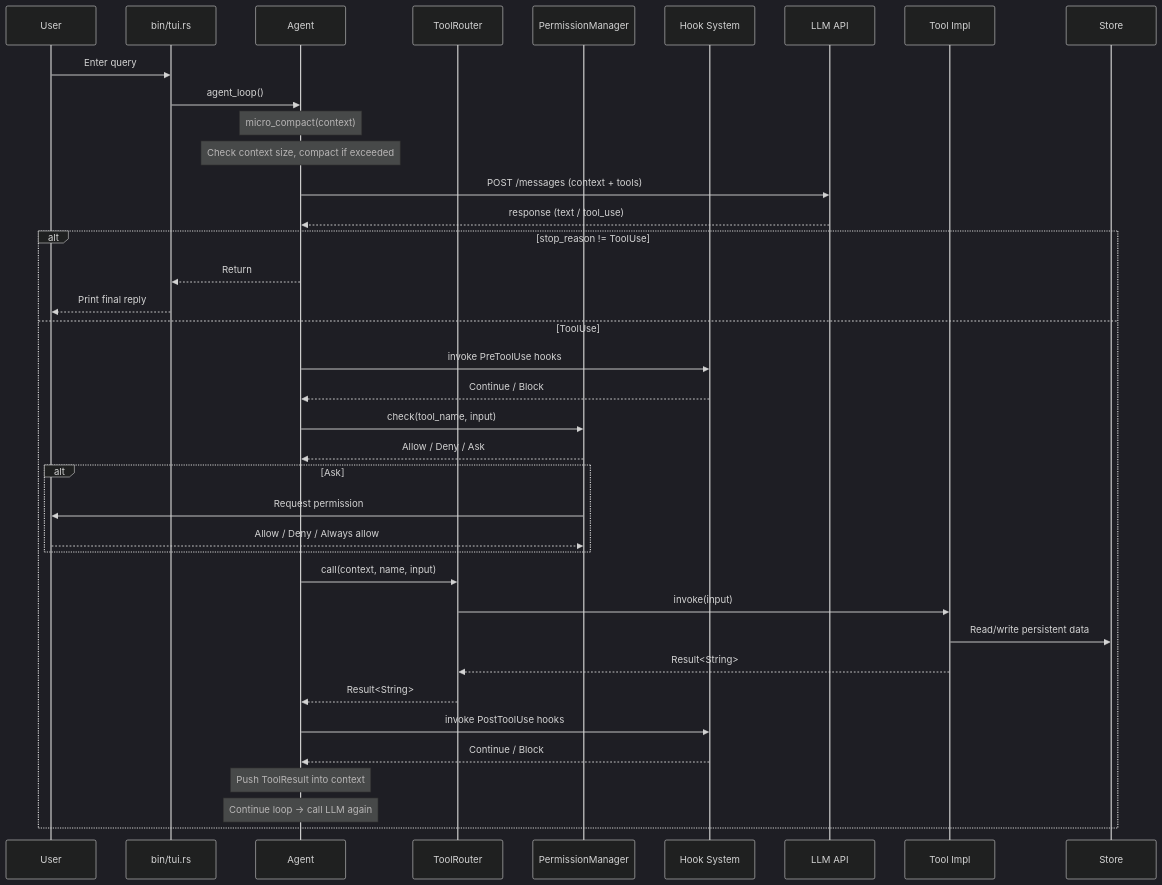
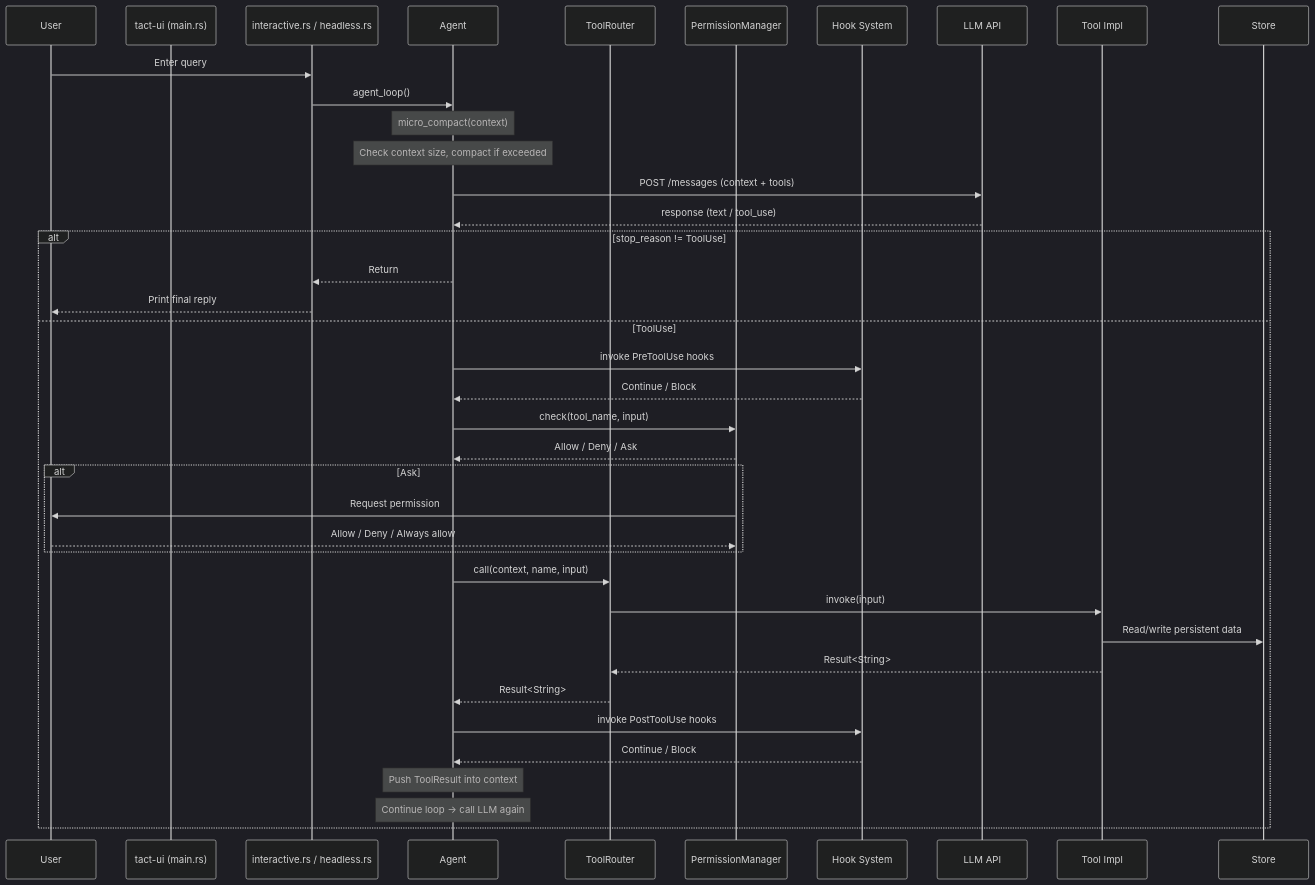
Before and after one commit to rust-infra/tact: the second of 2 diagrams in crates/tact/architecture.md, drawn with Mermaid (dark theme). The commit also changed other lines of this file and 69 other files, not shown here.

````diff
--- a/crates/tact/architecture.md
+++ b/crates/tact/architecture.md
@@ -138,47 +140,48 @@
 ```mermaid
 sequenceDiagram
     participant User as User
-    participant Main as bin/tui.rs
+    participant Main as tact-ui (main.rs)
+    participant Session as interactive.rs / headless.rs
     participant Agent as Agent
     participant Router as ToolRouter
     participant Perm as PermissionManager
     participant Hooks as Hook System
     participant LLM as LLM API
     participant Tool as Tool Impl
     participant Store as Store
 
-    User->>Main: Enter query
-    Main->>Agent: agent_loop()
+    User->>Session: Enter query
+    Session->>Agent: agent_loop()
     Note over Agent: micro_compact(context)
     Note over Agent: Check context size, compact if exceeded
 
     Agent->>LLM: POST /messages (context + tools)
     LLM-->>Agent: response (text / tool_use)
 
     alt stop_reason != ToolUse
-        Agent-->>Main: Return
-        Main-->>User: Print final reply
+        Agent-->>Session: Return
+        Session-->>User: Print final reply
     else ToolUse
         Agent->>Hooks: invoke PreToolUse hooks
         Hooks-->>Agent: Continue / Block
 
         Agent->>Perm: check(tool_name, input)
         Perm-->>Agent: Allow / Deny / Ask
         alt Ask
             Perm->>User: Request permission
             User-->>Perm: Allow / Deny / Always allow
         end
 
         Agent->>Router: call(context, name, input)
         Router->>Tool: invoke(input)
         Tool->>Store: Read/write persistent data
         Tool-->>Router: Result<String>
         Router-->>Agent: Result<String>
 
         Agent->>Hooks: invoke PostToolUse hooks
         Hooks-->>Agent: Continue / Block
 
         Note over Agent: Push ToolResult into context
         Note over Agent: Continue loop → call LLM again
     end
 ```
````
